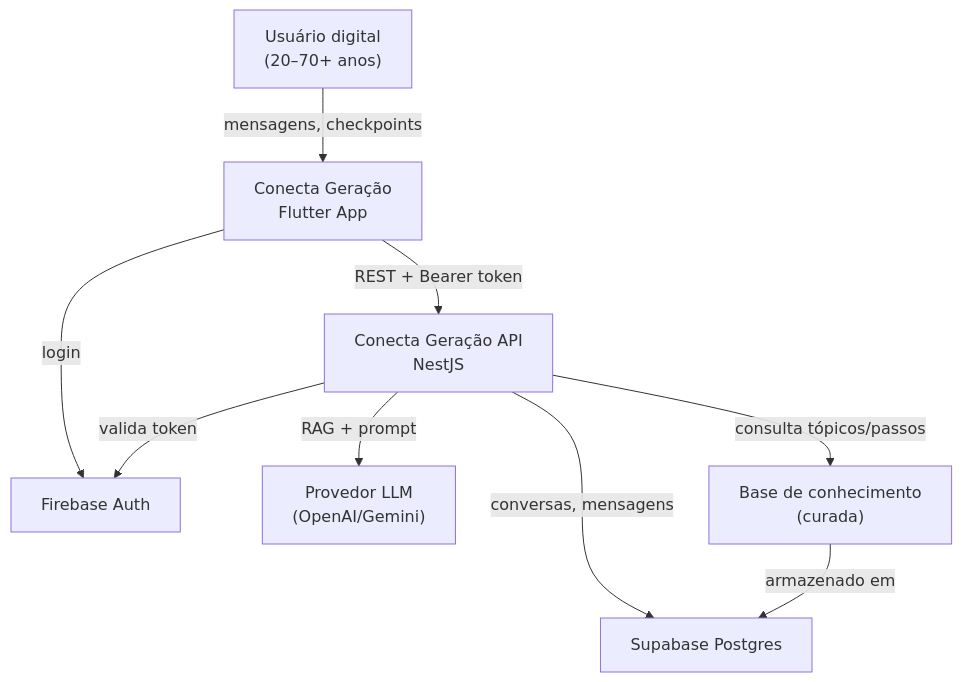
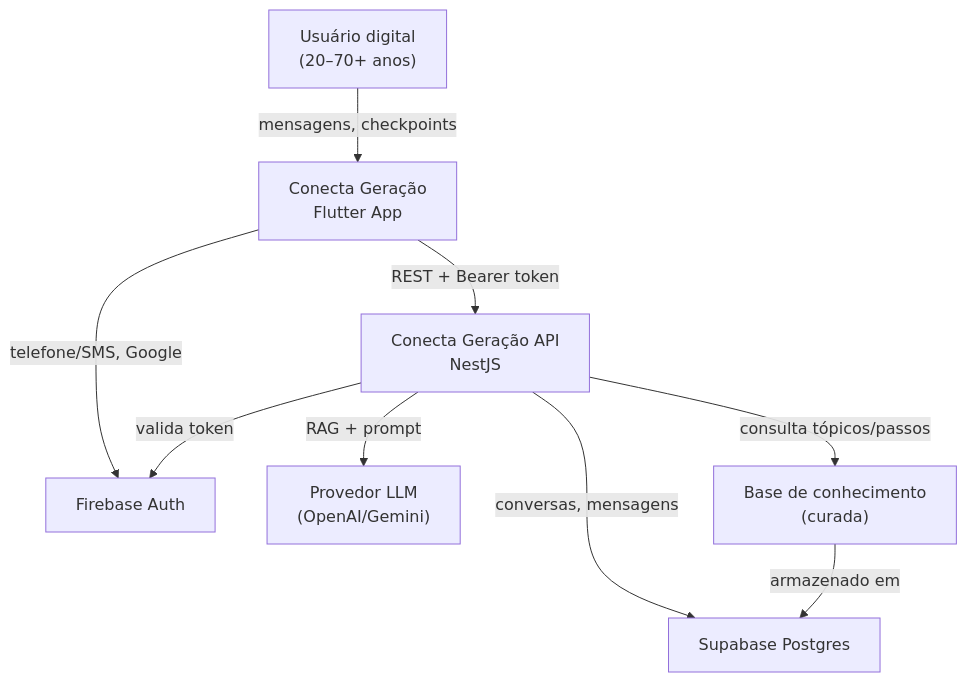
Before and after one commit to Kauan-Faria/Conecta-Geracao: the diagram in memory-bank/intents/001-digital-guidance/system-context.md, drawn with Mermaid. The commit also changed other lines of this file and 384 other files, not shown here.

````diff
--- a/memory-bank/intents/001-digital-guidance/system-context.md
+++ b/memory-bank/intents/001-digital-guidance/system-context.md
@@ -16,19 +16,19 @@
 ```mermaid
 flowchart TB
     User["Usuário digital<br/>(20–70+ anos)"]
     App["Conecta Geração<br/>Flutter App"]
     API["Conecta Geração API<br/>NestJS"]
     Firebase["Firebase Auth"]
     LLM["Provedor LLM<br/>(OpenAI/Gemini)"]
     DB["Supabase Postgres"]
     KB["Base de conhecimento<br/>(curada)"]
 
     User -->|"mensagens, checkpoints"| App
     App -->|"REST + Bearer token"| API
-    App -->|"login"| Firebase
+    App -->|"telefone/SMS, Google"| Firebase
     API -->|"valida token"| Firebase
     API -->|"RAG + prompt"| LLM
     API -->|"consulta tópicos/passos"| KB
     API -->|"conversas, mensagens"| DB
     KB -->|"armazenado em"| DB
 ```
````
